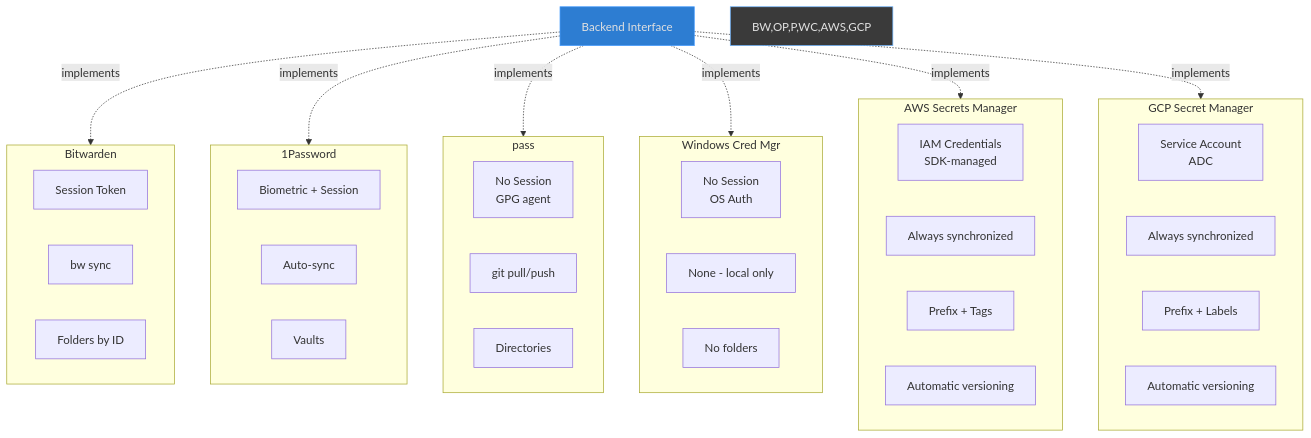
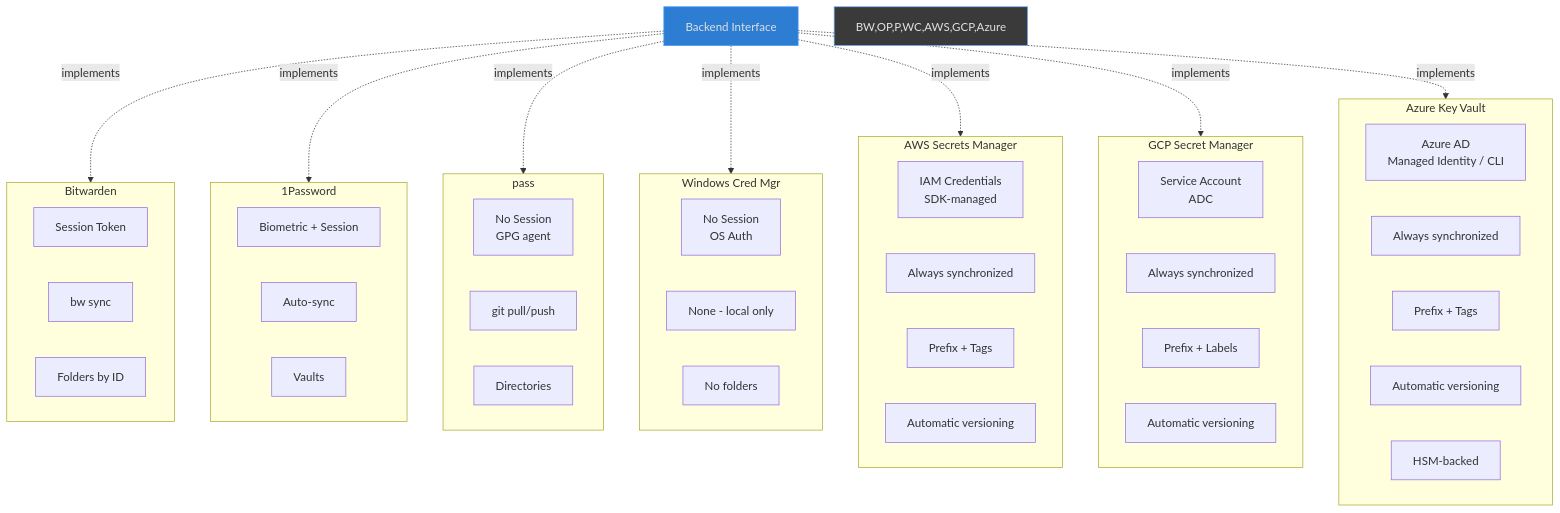
Diagram 11 of 11 in docs/ARCHITECTURE.md (blackwell-systems/vaultmux), drawn with Mermaid before and after one commit. The commit also changed other lines of this file and 17 other files, not shown here.

First line of the commit message:
feat: Add Azure Key Vault backend support (v0.3.0)

````diff
--- a/docs/ARCHITECTURE.md
+++ b/docs/ARCHITECTURE.md
@@ -659,50 +659,59 @@
 ```mermaid
 graph TB
     subgraph BW["Bitwarden"]
         BWSess[Session Token]
         BWSync[bw sync]
         BWFolder[Folders by ID]
     end
 
     subgraph OP["1Password"]
         OPSess[Biometric + Session]
         OPSync[Auto-sync]
         OPVault[Vaults]
     end
 
     subgraph P["pass"]
         PSess[No Session<br/>GPG agent]
         PSync[git pull/push]
         PDir[Directories]
     end
 
     subgraph WC["Windows Cred Mgr"]
         WCSess[No Session<br/>OS Auth]
         WCSync[None - local only]
         WCFolder[No folders]
     end
 
     subgraph AWS["AWS Secrets Manager"]
         AWSSess[IAM Credentials<br/>SDK-managed]
         AWSSync[Always synchronized]
         AWSFolder[Prefix + Tags]
         AWSVer[Automatic versioning]
     end
 
     subgraph GCP["GCP Secret Manager"]
         GCPSess[Service Account<br/>ADC]
         GCPSync[Always synchronized]
         GCPFolder[Prefix + Labels]
         GCPVer[Automatic versioning]
     end
 
+    subgraph Azure["Azure Key Vault"]
+        AzureSess[Azure AD<br/>Managed Identity / CLI]
+        AzureSync[Always synchronized]
+        AzureFolder[Prefix + Tags]
+        AzureVer[Automatic versioning]
+        AzureHSM[HSM-backed]
+    end
+
     Backend[Backend Interface] -.->|implements| BW
     Backend -.->|implements| OP
     Backend -.->|implements| P
     Backend -.->|implements| WC
     Backend -.->|implements| AWS
     Backend -.->|implements| GCP
+    Backend -.->|implements| Azure
 
     style Backend fill:#2d7dd2,stroke:#4a9eff,color:#e0e0e0
-    style BW,OP,P,WC,AWS,GCP fill:#3a3a3a,stroke:#6eb5ff,color:#e0e0e0
+    style BW,OP,P,WC,AWS,GCP,Azure fill:#3a3a3a,stroke:#6eb5ff,color:#e0e0e0
 ```
````
